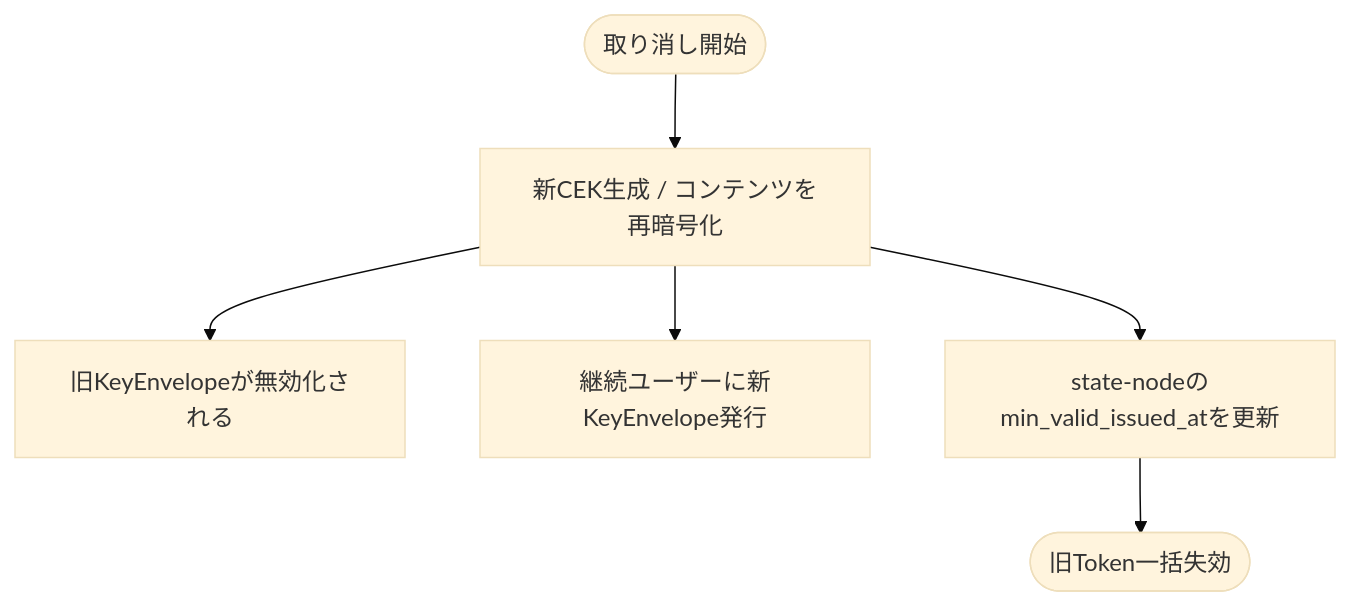
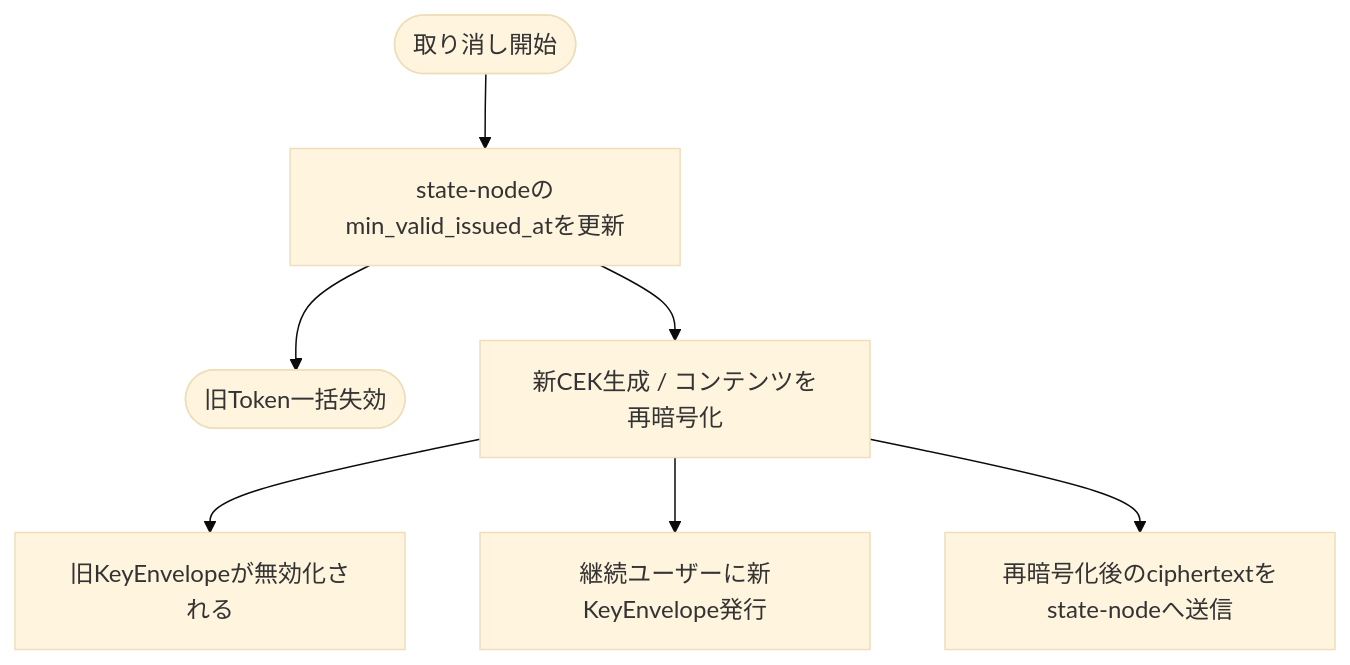
One commit to Monas-project/monas changed the fourth of 4 diagrams in docs/design.md. Above: the diagram before and after it, drawn with Mermaid (base theme). The commit also changed other lines of this file and 5 other files, not shown here.

````diff
--- a/docs/design.md
+++ b/docs/design.md
@@ -250,8 +251,9 @@
 ```mermaid
 flowchart TD
-  A([取り消し開始]) --> B[新CEK生成 / コンテンツを再暗号化]
-  B --> C[旧KeyEnvelopeが無効化される]
-  B --> D[継続ユーザーに新KeyEnvelope発行]
-  B --> E[state-nodeのmin_valid_issued_atを更新]
-  E --> F([旧Token一括失効])
+  A([取り消し開始]) --> B[state-nodeのmin_valid_issued_atを更新]
+  B --> C([旧Token一括失効])
+  B --> D[新CEK生成 / コンテンツを再暗号化]
+  D --> E[旧KeyEnvelopeが無効化される]
+  D --> F[継続ユーザーに新KeyEnvelope発行]
+  D --> G[再暗号化後のciphertextをstate-nodeへ送信]
 ```
````
